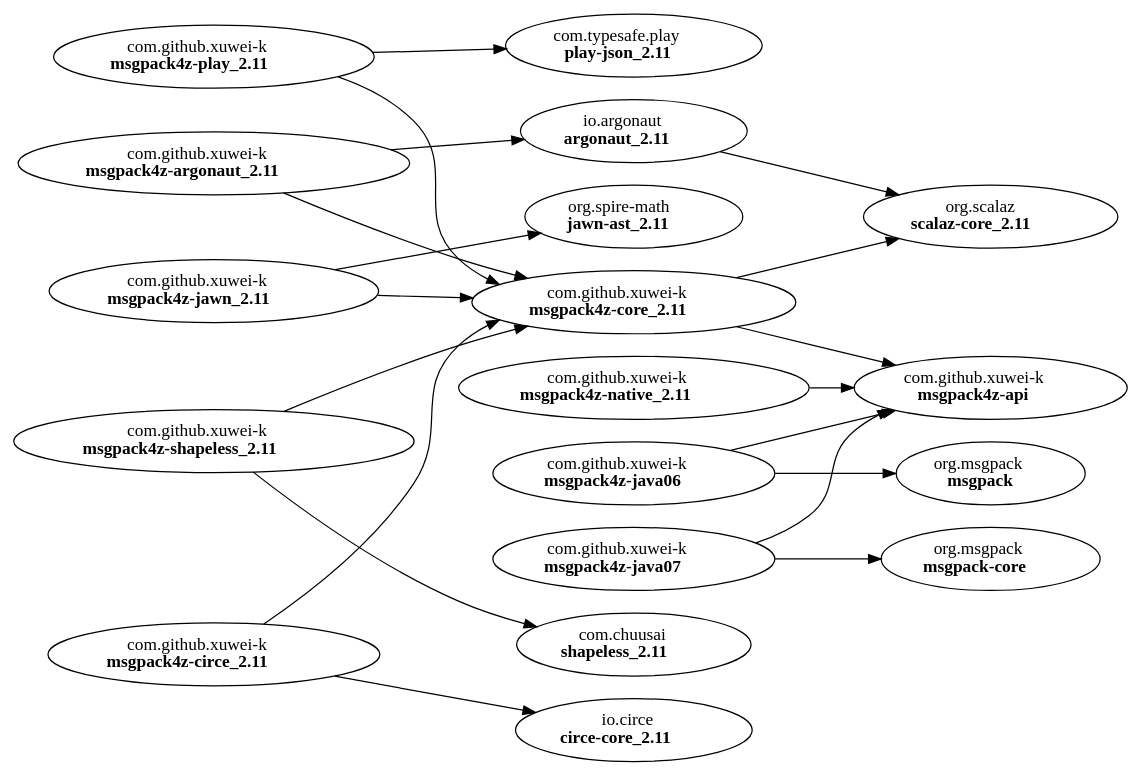
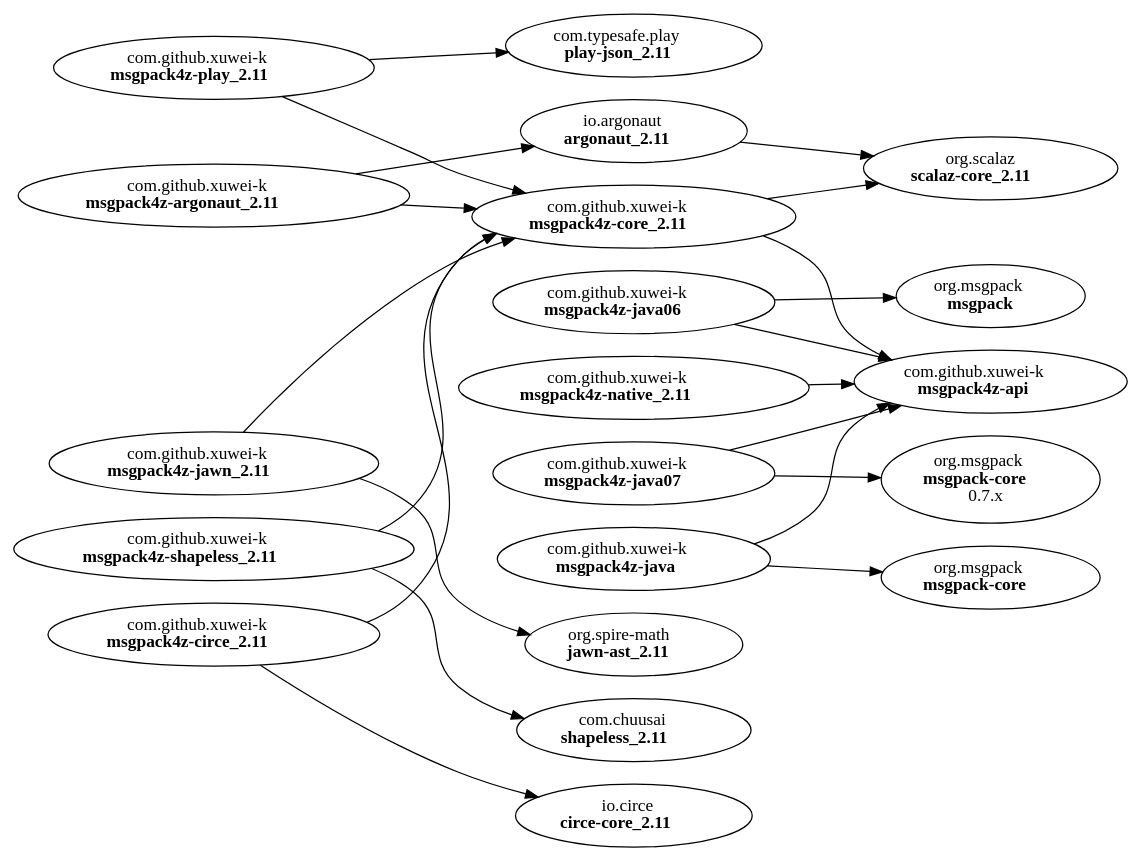
The diagram in graph.dot (msgpack4z/msgpack4z.github.io), drawn with Graphviz before and after one commit. The commit also changed 1 other file, not shown here.

Commit message:
separate "msgpack4z-java" and "msgpack4z-java07"

```diff
--- a/graph.dot
+++ b/graph.dot
@@ -1,40 +1,44 @@
 digraph "msgpack4z dependency graph" {
     graph[rankdir="LR"]
     node[target="_blank"]
     "com.github.xuwei-k:msgpack4z-play_2.11"[label=<com.github.xuwei-k<BR/><B>msgpack4z-play_2.11</B>>, href="https://github.com/msgpack4z/msgpack4z-play"]
     "com.typesafe.play:play-json_2.11"[label=<com.typesafe.play<BR/><B>play-json_2.11</B>>, href="https://github.com/playframework/playframework"]
     "com.github.xuwei-k:msgpack4z-jawn_2.11"[label=<com.github.xuwei-k<BR/><B>msgpack4z-jawn_2.11</B>>, href="https://github.com/msgpack4z/msgpack4z-jawn"]
     "org.spire-math:jawn-ast_2.11"[label=<org.spire-math<BR/><B>jawn-ast_2.11</B>>, href="https://github.com/non/jawn"]
     "com.github.xuwei-k:msgpack4z-argonaut_2.11"[label=<com.github.xuwei-k<BR/><B>msgpack4z-argonaut_2.11</B>>, href="https://github.com/msgpack4z/msgpack4z-argonaut"]
     "io.argonaut:argonaut_2.11"[label=<io.argonaut<BR/><B>argonaut_2.11</B>>, href="https://github.com/argonaut-io/argonaut"]
     "com.github.xuwei-k:msgpack4z-java06"[label=<com.github.xuwei-k<BR/><B>msgpack4z-java06</B>>, href="https://github.com/msgpack4z/msgpack4z-java06"]
     "org.msgpack:msgpack"[label=<org.msgpack<BR/><B>msgpack</B>>, href="https://github.com/msgpack/msgpack-java"]
-    "com.github.xuwei-k:msgpack4z-java07"[label=<com.github.xuwei-k<BR/><B>msgpack4z-java07</B>>, href="https://github.com/msgpack4z/msgpack4z-java07"]
+    "com.github.xuwei-k:msgpack4z-java07"[label=<com.github.xuwei-k<BR/><B>msgpack4z-java07</B>>, href="https://github.com/msgpack4z/msgpack4z-java/tree/0.2.x"]
+    "com.github.xuwei-k:msgpack4z-java"[label=<com.github.xuwei-k<BR/><B>msgpack4z-java</B>>, href="https://github.com/msgpack4z/msgpack4z-java"]
+    "org.msgpack:msgpack-core:0.7.x"[label=<org.msgpack<BR/><B>msgpack-core</B><BR/>0.7.x>, href="https://github.com/msgpack/msgpack-java"]
     "org.msgpack:msgpack-core"[label=<org.msgpack<BR/><B>msgpack-core</B>>, href="https://github.com/msgpack/msgpack-java"]
     "com.github.xuwei-k:msgpack4z-native_2.11"[label=<com.github.xuwei-k<BR/><B>msgpack4z-native_2.11</B>>, href="https://github.com/msgpack4z/msgpack4z-native"]
     "com.github.xuwei-k:msgpack4z-shapeless_2.11"[label=<com.github.xuwei-k<BR/><B>msgpack4z-shapeless_2.11</B>>, href="https://github.com/msgpack4z/msgpack4z-shapeless"]
     "com.github.xuwei-k:msgpack4z-core_2.11"[label=<com.github.xuwei-k<BR/><B>msgpack4z-core_2.11</B>>, href="https://github.com/msgpack4z/msgpack4z-core"]
     "org.scalaz:scalaz-core_2.11"[label=<org.scalaz<BR/><B>scalaz-core_2.11</B>>, href="https://github.com/scalaz/scalaz"]
     "com.github.xuwei-k:msgpack4z-api"[label=<com.github.xuwei-k<BR/><B>msgpack4z-api</B>>, href="https://github.com/msgpack4z/msgpack4z-api"]
     "com.chuusai:shapeless_2.11"[label=<com.chuusai<BR/><B>shapeless_2.11</B>>, href="https://github.com/milessabin/shapeless"]
     "com.github.xuwei-k:msgpack4z-circe_2.11"[label=<com.github.xuwei-k<BR/><B>msgpack4z-circe_2.11</B>>, href="https://github.com/msgpack4z/msgpack4z-circe"]
     "io.circe:circe-core_2.11"[label=<io.circe<BR/><B>circe-core_2.11</B>>, href="https://github.com/travisbrown/circe"]
     "com.github.xuwei-k:msgpack4z-play_2.11" -> "com.typesafe.play:play-json_2.11"
     "com.github.xuwei-k:msgpack4z-jawn_2.11" -> "org.spire-math:jawn-ast_2.11"
     "com.github.xuwei-k:msgpack4z-argonaut_2.11" -> "io.argonaut:argonaut_2.11"
     "com.github.xuwei-k:msgpack4z-java06" -> "org.msgpack:msgpack"
-    "com.github.xuwei-k:msgpack4z-java07" -> "org.msgpack:msgpack-core"
+    "com.github.xuwei-k:msgpack4z-java07" -> "org.msgpack:msgpack-core:0.7.x"
+    "com.github.xuwei-k:msgpack4z-java" -> "org.msgpack:msgpack-core"
     "com.github.xuwei-k:msgpack4z-play_2.11" -> "com.github.xuwei-k:msgpack4z-core_2.11"
     "com.github.xuwei-k:msgpack4z-shapeless_2.11" -> "com.github.xuwei-k:msgpack4z-core_2.11"
     "com.github.xuwei-k:msgpack4z-jawn_2.11" -> "com.github.xuwei-k:msgpack4z-core_2.11"
     "com.github.xuwei-k:msgpack4z-argonaut_2.11" -> "com.github.xuwei-k:msgpack4z-core_2.11"
     "com.github.xuwei-k:msgpack4z-circe_2.11" -> "com.github.xuwei-k:msgpack4z-core_2.11"
     "com.github.xuwei-k:msgpack4z-circe_2.11" -> "io.circe:circe-core_2.11"
     "io.argonaut:argonaut_2.11" -> "org.scalaz:scalaz-core_2.11"
     "com.github.xuwei-k:msgpack4z-core_2.11" -> "org.scalaz:scalaz-core_2.11"
     "com.github.xuwei-k:msgpack4z-native_2.11" -> "com.github.xuwei-k:msgpack4z-api"
     "com.github.xuwei-k:msgpack4z-java06" -> "com.github.xuwei-k:msgpack4z-api"
     "com.github.xuwei-k:msgpack4z-core_2.11" -> "com.github.xuwei-k:msgpack4z-api"
     "com.github.xuwei-k:msgpack4z-java07" -> "com.github.xuwei-k:msgpack4z-api"
+    "com.github.xuwei-k:msgpack4z-java" -> "com.github.xuwei-k:msgpack4z-api"
     "com.github.xuwei-k:msgpack4z-shapeless_2.11" -> "com.chuusai:shapeless_2.11"
 }
```
